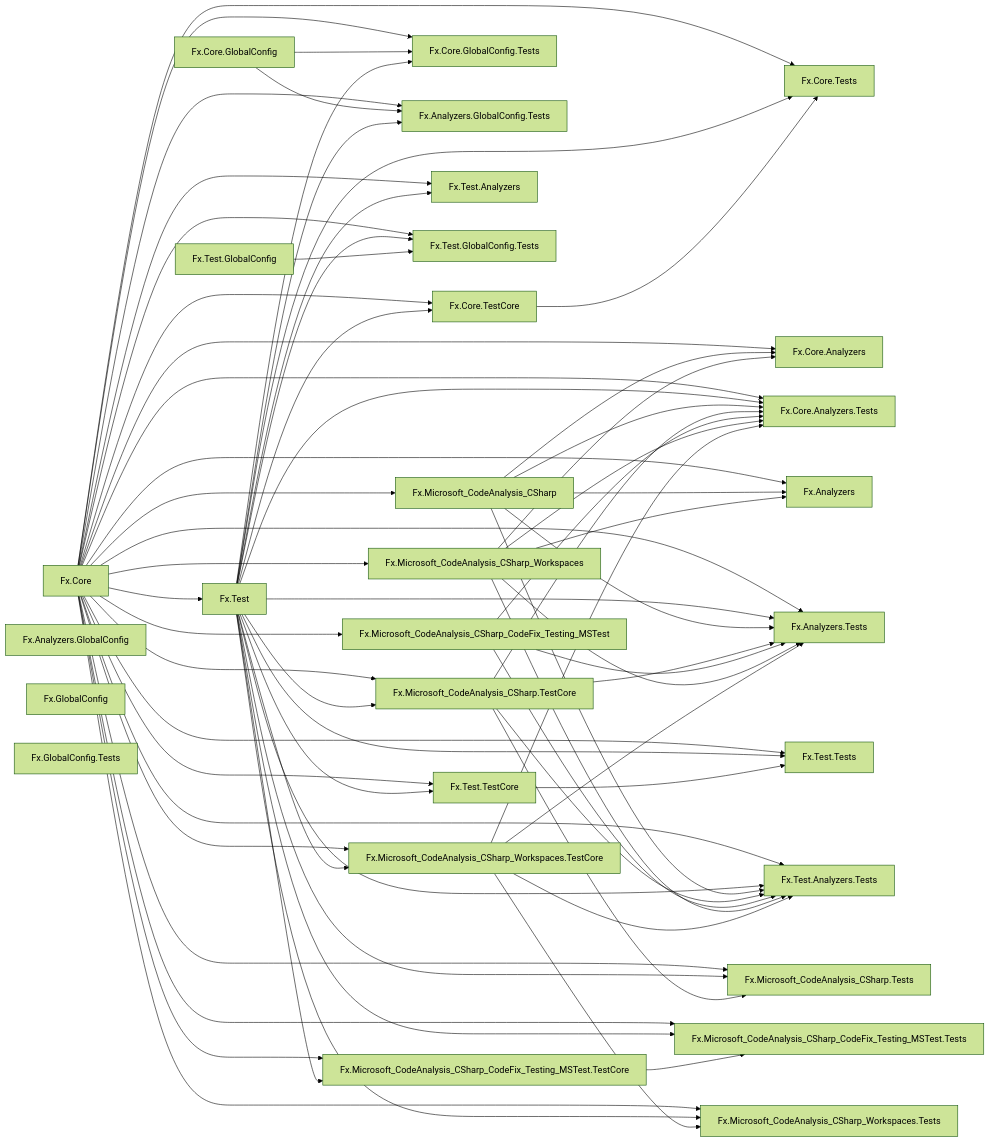
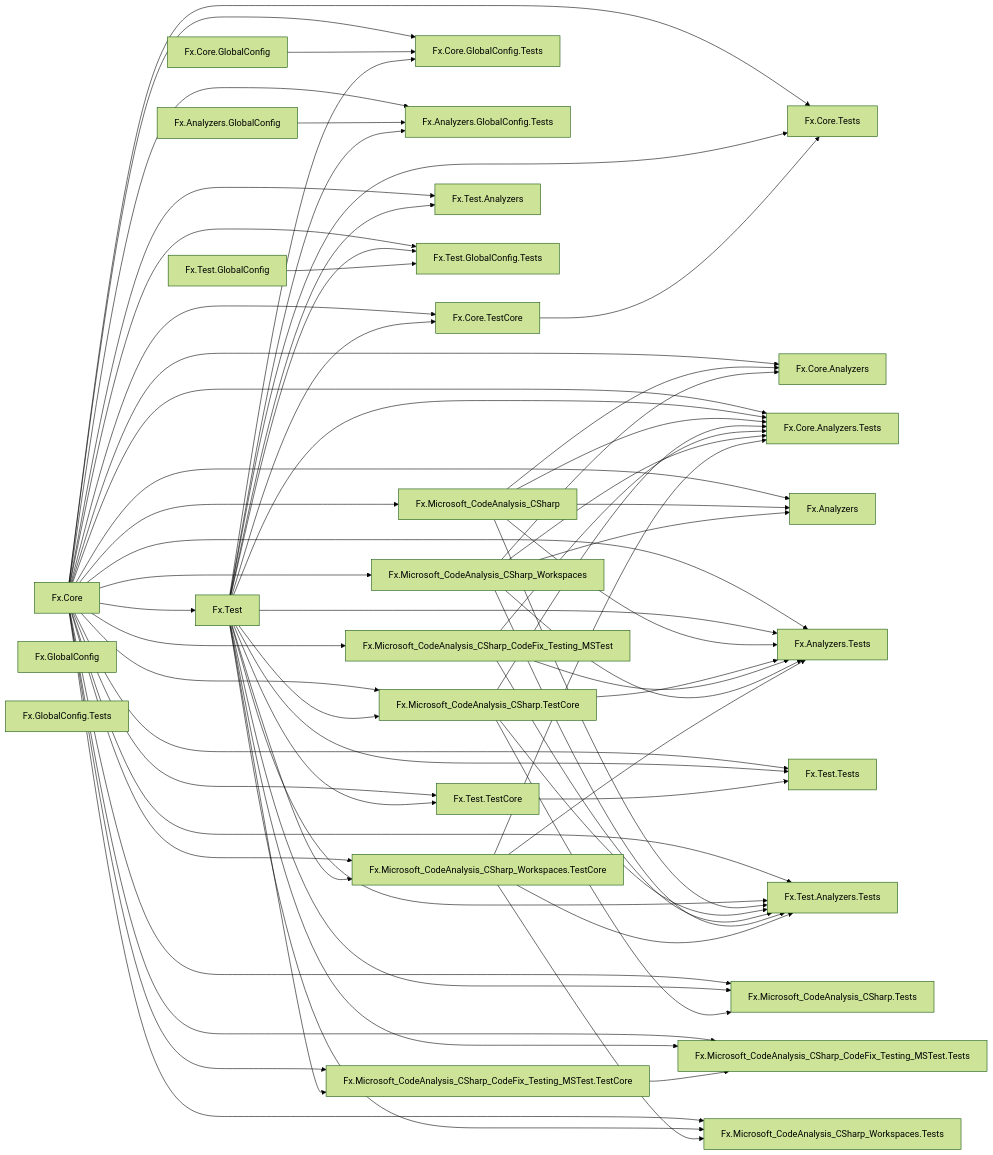
One commit to ravudet/Fx.Core changed the diagram in graph.md. Above: the diagram before and after it, drawn with Mermaid (forest theme).

```diff
--- a/graph.md
+++ b/graph.md
@@ -66,7 +66,7 @@
 	Fx.Microsoft_CodeAnalysis_CSharp_Workspaces.TestCore --> Fx.Analyzers.Tests
 
 	Fx.Core -->  Fx.Analyzers.GlobalConfig.Tests
-	Fx.Core.GlobalConfig --> Fx.Analyzers.GlobalConfig.Tests
+	Fx.Analyzers.GlobalConfig --> Fx.Analyzers.GlobalConfig.Tests
 	Fx.Test --> Fx.Analyzers.GlobalConfig.Tests
 
 	Fx.Core --> Fx.Test
```
